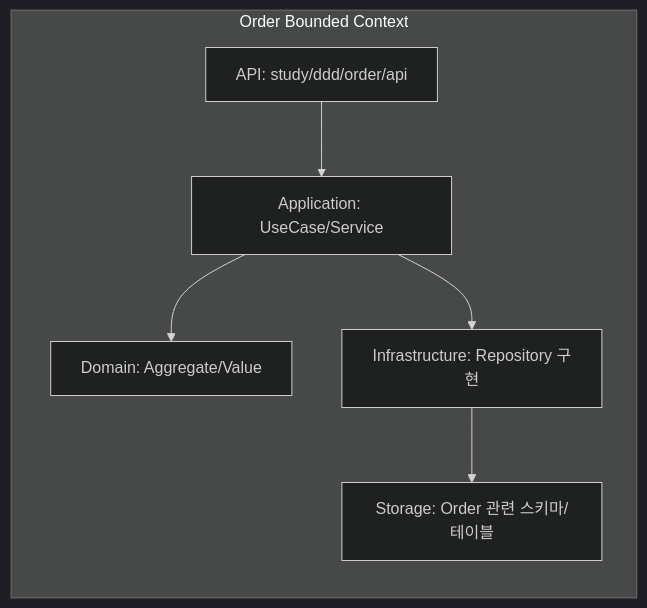
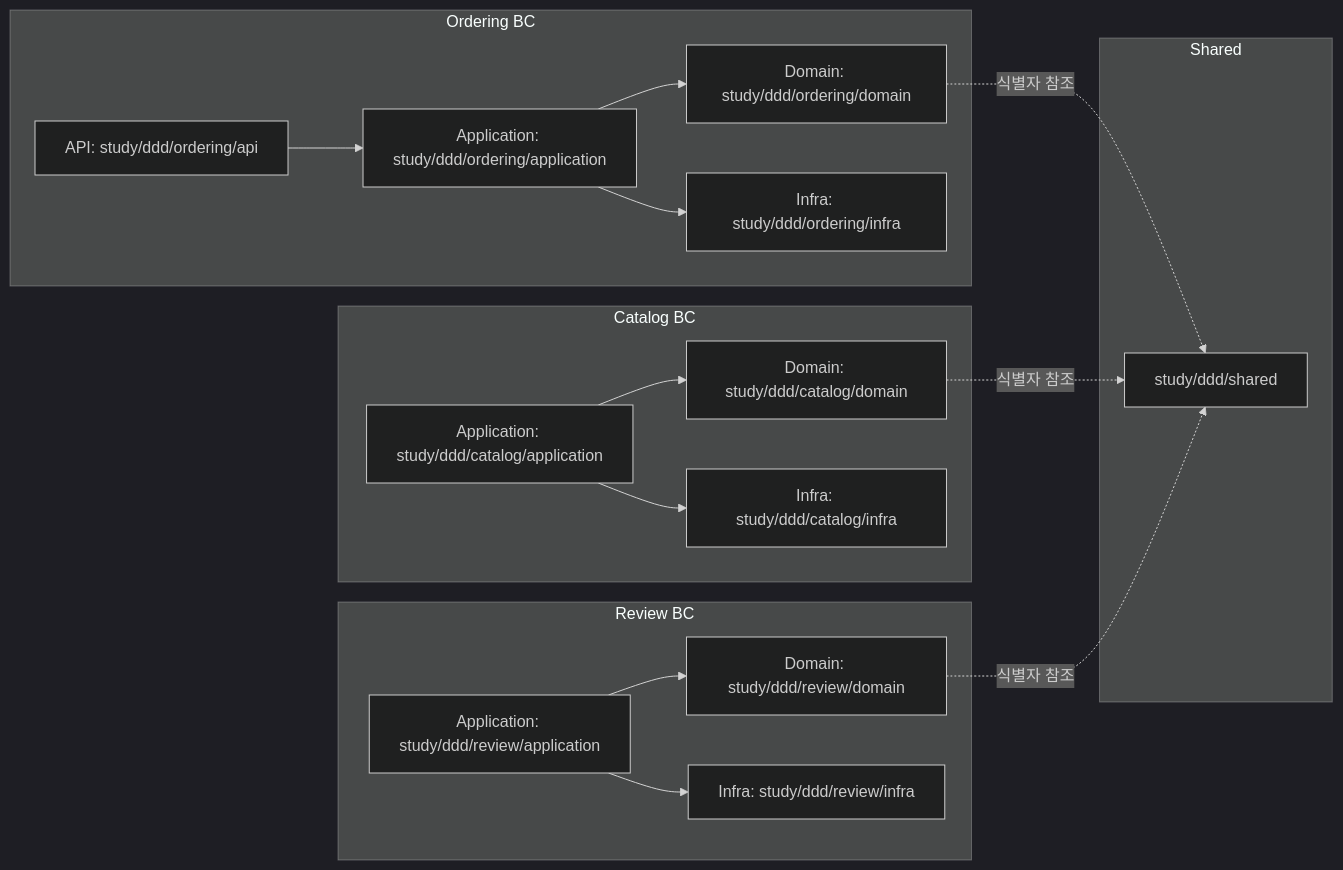
Before and after one commit to pasudo123/vibe-with-codex: the sixth of 6 diagrams in study/2026-04-12_ddd-layered-architecture-dip-order-practice.md, drawn with Mermaid (dark theme). The commit also changed other lines of this file and 128 other files, not shown here.

````diff
--- a/study/2026-04-12_ddd-layered-architecture-dip-order-practice.md
+++ b/study/2026-04-12_ddd-layered-architecture-dip-order-practice.md
@@ -179,12 +185,35 @@
 ```mermaid
 flowchart LR
-  subgraph OrderBC["Order Bounded Context"]
-    API["API: study/ddd/order/api"]
-    APP["Application: UseCase/Service"]
-    DOMAIN["Domain: Aggregate/Value"]
-    INFRA["Infrastructure: Repository 구현"]
-    DB["Storage: Order 관련 스키마/테이블"]
+  subgraph OrderingBC["Ordering BC"]
+    API["API: study/ddd/ordering/api"]
+    APP["Application: study/ddd/ordering/application"]
+    DOMAIN["Domain: study/ddd/ordering/domain"]
+    INFRA["Infra: study/ddd/ordering/infra"]
     API --> APP --> DOMAIN
-    APP --> INFRA --> DB
+    APP --> INFRA
   end
+
+  subgraph CatalogBC["Catalog BC"]
+    CAPP["Application: study/ddd/catalog/application"]
+    CDOMAIN["Domain: study/ddd/catalog/domain"]
+    CINFRA["Infra: study/ddd/catalog/infra"]
+    CAPP --> CDOMAIN
+    CAPP --> CINFRA
+  end
+
+  subgraph ReviewBC["Review BC"]
+    RAPP["Application: study/ddd/review/application"]
+    RDOMAIN["Domain: study/ddd/review/domain"]
+    RINFRA["Infra: study/ddd/review/infra"]
+    RAPP --> RDOMAIN
+    RAPP --> RINFRA
+  end
+
+  subgraph SharedKernel["Shared"]
+    SHARED["study/ddd/shared"]
+  end
+
+  DOMAIN -. 식별자 참조 .-> SHARED
+  CDOMAIN -. 식별자 참조 .-> SHARED
+  RDOMAIN -. 식별자 참조 .-> SHARED
 ```
````
